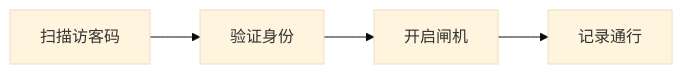
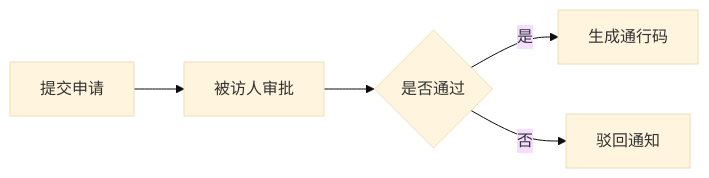
One commit to yuhaibao39/n8ndeploy changed the second of 2 diagrams in devel/requirement.md. Above: the diagram before and after it, drawn with Mermaid (base theme). The commit also changed other lines of this file, not shown here.

````diff
--- a/devel/requirement.md
+++ b/devel/requirement.md
@@ -63,6 +43,7 @@
 ```mermaid
-graph LR
-    A[扫描访客码] --> B[验证身份]
-    B --> C[开启闸机]
-    C --> D[记录通行]
+flowchart LR
+    A[提交申请] --> B[被访人审批]
+    B --> C{是否通过}
+    C -->|是| D[生成通行码]
+    C -->|否| E[驳回通知]
 ```
````
